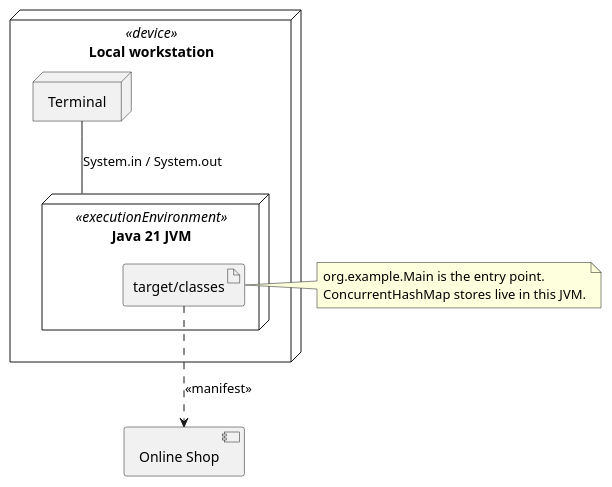
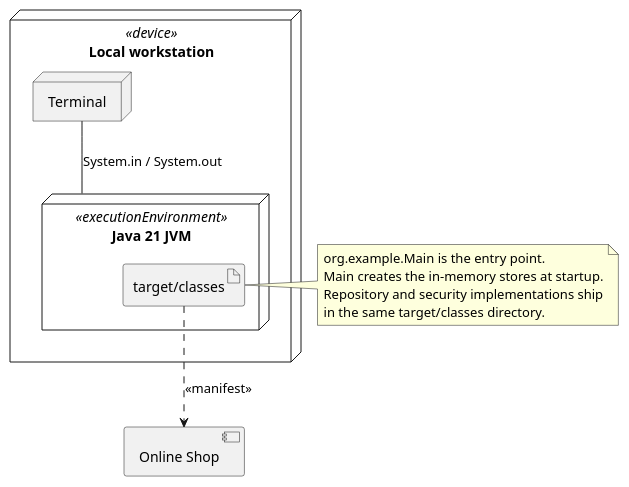
The diagram in docs/uml/plantuml/05-deployment.puml (Mohammad-Aali-aut/online-shop-java), drawn with PlantUML before and after one commit. The commit also changed 6 other files, not shown here.

Commit message:
docs: align UML diagrams with member-1 changes

```diff
--- a/docs/uml/plantuml/05-deployment.puml
+++ b/docs/uml/plantuml/05-deployment.puml
@@ -1,19 +1,21 @@
 @startuml
 skinparam shadowing false
 
 node "Local workstation" as workstation <<device>> {
   node "Terminal" as terminal
   node "Java 21 JVM" as jvm <<executionEnvironment>> {
     artifact "target/classes" as classes
   }
   terminal -- jvm : System.in / System.out
 }
 
 component "Online Shop" as app
 classes ..> app : <<manifest>>
 
 note right of classes
   org.example.Main is the entry point.
-  ConcurrentHashMap stores live in this JVM.
+  Main creates the in-memory stores at startup.
+  Repository and security implementations ship
+  in the same target/classes directory.
 end note
 @enduml
```
